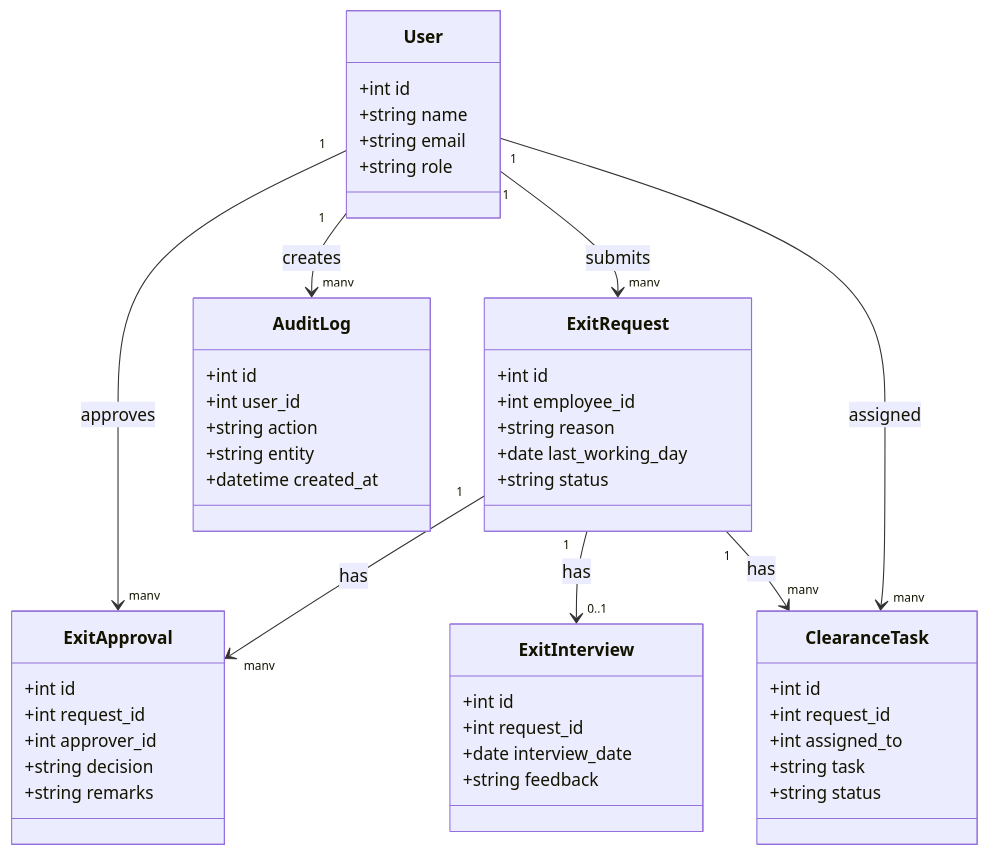
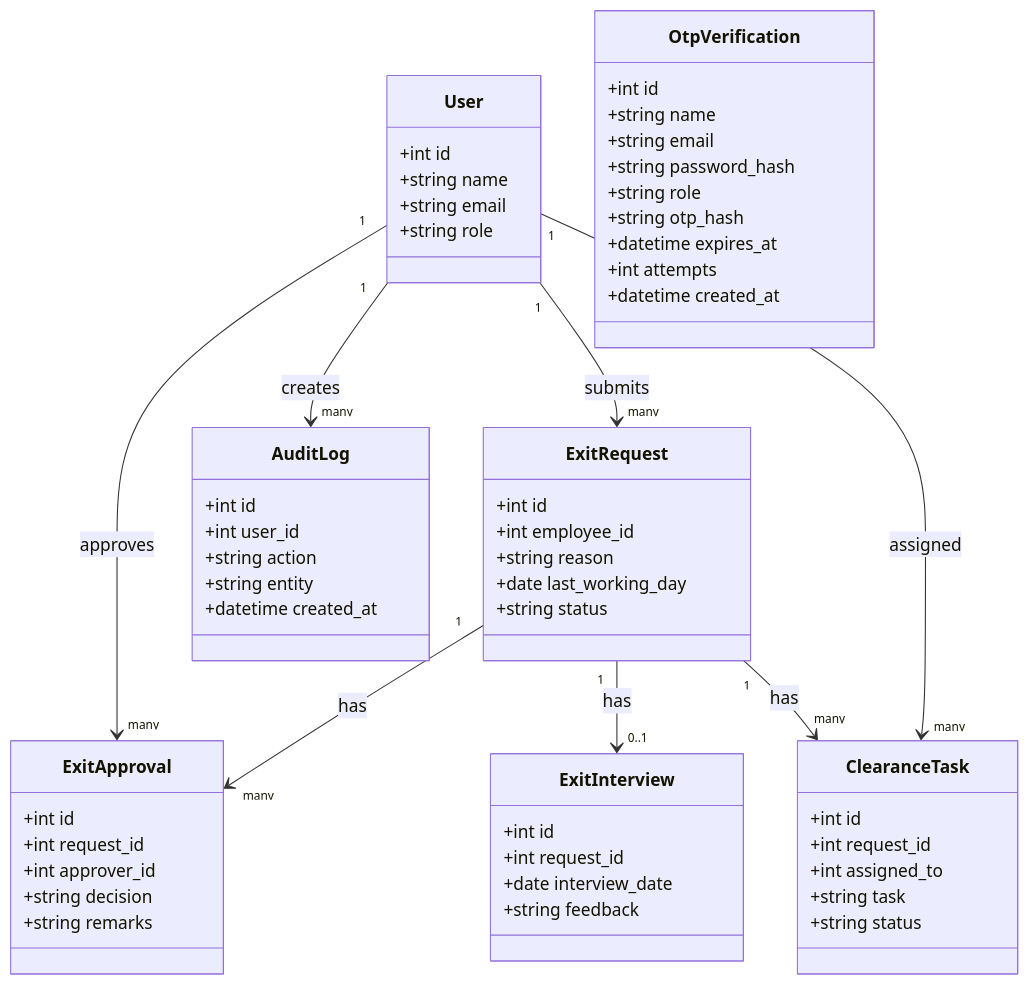
Before and after one commit to Gopiga-2006/employee-exit-management-system: the diagram in docs/diagrams/class-diagram.md, drawn with Mermaid.

Commit message:
docs: align class diagram with otp model

````diff
--- a/docs/diagrams/class-diagram.md
+++ b/docs/diagrams/class-diagram.md
@@ -3,50 +3,61 @@
 ```mermaid
 classDiagram
     class User {
         +int id
         +string name
         +string email
         +string role
     }
     class ExitRequest {
         +int id
         +int employee_id
         +string reason
         +date last_working_day
         +string status
     }
     class ExitApproval {
         +int id
         +int request_id
         +int approver_id
         +string decision
         +string remarks
     }
     class ExitInterview {
         +int id
         +int request_id
         +date interview_date
         +string feedback
     }
     class ClearanceTask {
         +int id
         +int request_id
         +int assigned_to
         +string task
         +string status
     }
     class AuditLog {
         +int id
         +int user_id
         +string action
         +string entity
         +datetime created_at
     }
+    class OtpVerification {
+        +int id
+        +string name
+        +string email
+        +string password_hash
+        +string role
+        +string otp_hash
+        +datetime expires_at
+        +int attempts
+        +datetime created_at
+    }
     User "1" --> "many" ExitRequest : submits
     User "1" --> "many" ExitApproval : approves
     ExitRequest "1" --> "many" ExitApproval : has
     ExitRequest "1" --> "0..1" ExitInterview : has
     ExitRequest "1" --> "many" ClearanceTask : has
     User "1" --> "many" ClearanceTask : assigned
     User "1" --> "many" AuditLog : creates
 ```
````
